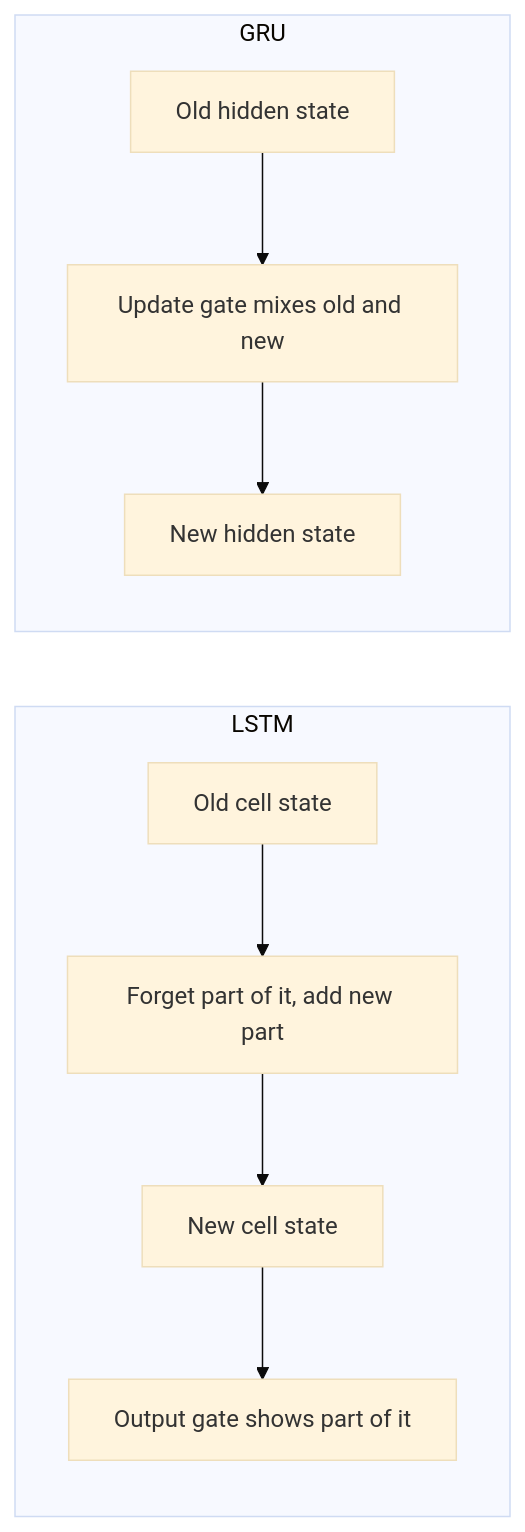
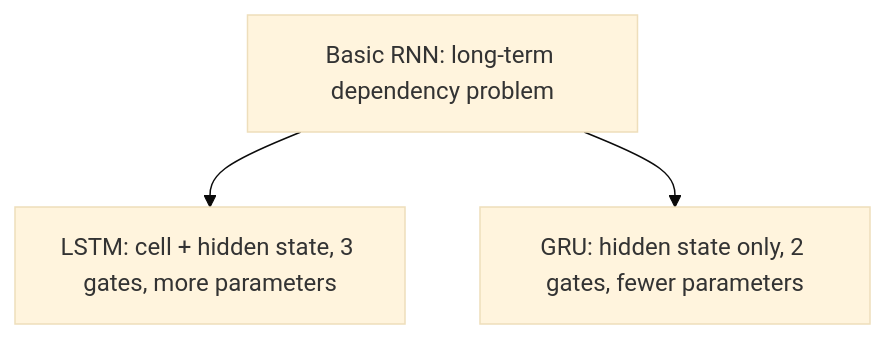
The diagram in content/deep-learning/pyq/2025-05/q3b.mdx (TrendySloth1001/sem-seven-notes), drawn with Mermaid (base theme) before and after one commit. The commit also changed other lines of this file and 186 other files, not shown here.

````diff
--- a/content/deep-learning/pyq/2025-05/q3b.mdx
+++ b/content/deep-learning/pyq/2025-05/q3b.mdx
@@ -25,10 +13,6 @@
 ```mermaid
-%% caption: The memory path in each cell. LSTM: the forget gate keeps part of the old memory, the input gate adds part of the new candidate, and the output gate decides what is shown. GRU: one update gate blends the old state and the new candidate.
-flowchart LR
-  subgraph L["LSTM"]
-    A1["Old cell state"] --> A2["Forget part of it, add new part"] --> A3["New cell state"] --> A4["Output gate shows part of it"]
-  end
-  subgraph G["GRU"]
-    B1["Old hidden state"] --> B2["Update gate mixes old and new"] --> B3["New hidden state"]
-  end
+%% caption: LSTM against GRU in one picture.
+flowchart TD
+  A["Basic RNN: long-term dependency problem"] --> B["LSTM: cell + hidden state, 3 gates, more parameters"]
+  A --> C["GRU: hidden state only, 2 gates, fewer parameters"]
 ```
````
